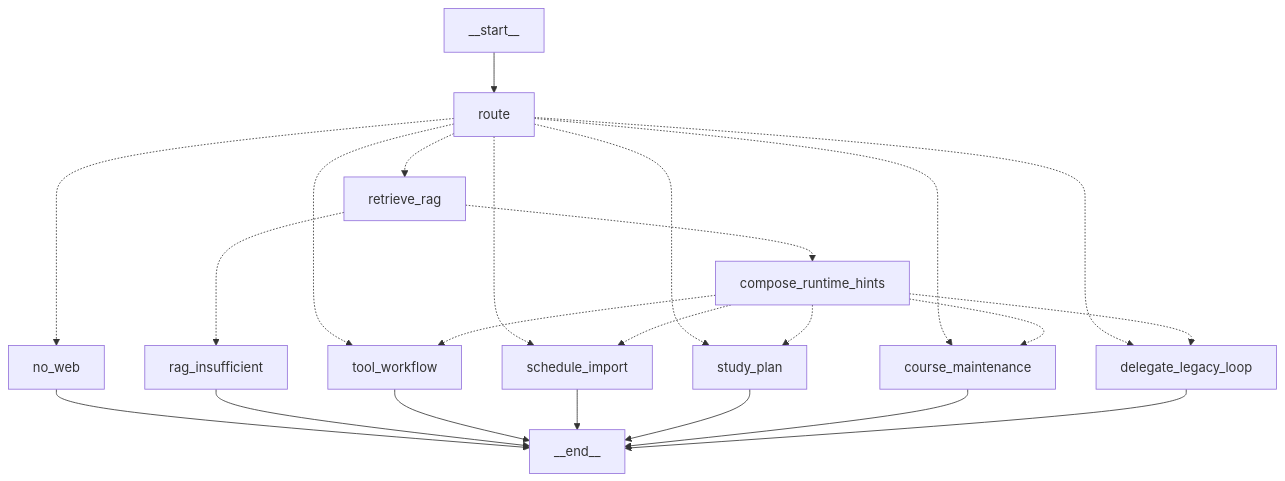
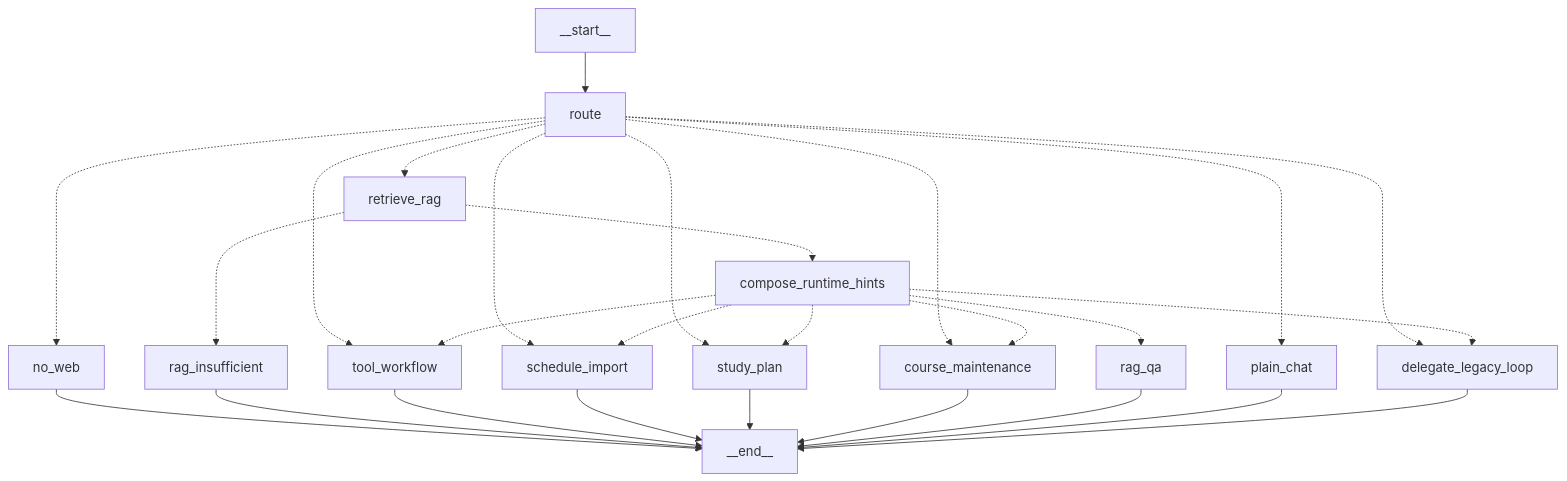
Before and after one commit to janzigc10/student-planner-agent: the diagram in student-planner/app/agent/LANGGRAPH_MIGRATION_CONTRACTS.md, drawn with Mermaid. The commit also changed other lines of this file and 6 other files, not shown here.

````diff
--- a/student-planner/app/agent/LANGGRAPH_MIGRATION_CONTRACTS.md
+++ b/student-planner/app/agent/LANGGRAPH_MIGRATION_CONTRACTS.md
@@ -36,25 +37,29 @@
 ```mermaid
 graph TD
   __start__ --> route
   route -.-> no_web
   route -.-> retrieve_rag
   route -.-> tool_workflow
   route -.-> schedule_import
   route -.-> study_plan
   route -.-> course_maintenance
+  route -.-> plain_chat
   route -.-> delegate_legacy_loop
   retrieve_rag -.-> rag_insufficient
   retrieve_rag -.-> compose_runtime_hints
+  compose_runtime_hints -.-> rag_qa
   compose_runtime_hints -.-> tool_workflow
   compose_runtime_hints -.-> schedule_import
   compose_runtime_hints -.-> study_plan
   compose_runtime_hints -.-> course_maintenance
   compose_runtime_hints -.-> delegate_legacy_loop
   no_web --> __end__
   rag_insufficient --> __end__
   tool_workflow --> __end__
   schedule_import --> __end__
   study_plan --> __end__
   course_maintenance --> __end__
+  rag_qa --> __end__
+  plain_chat --> __end__
   delegate_legacy_loop --> __end__
 ```
````
